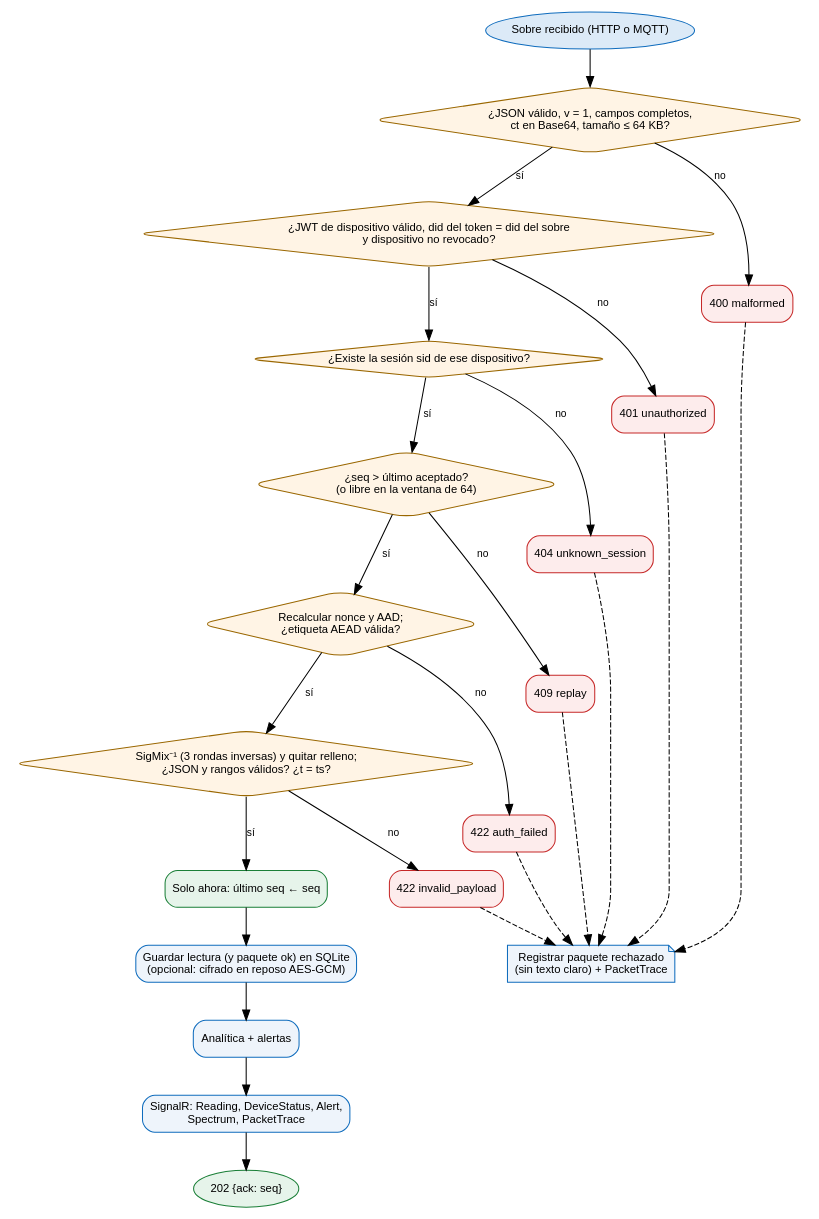
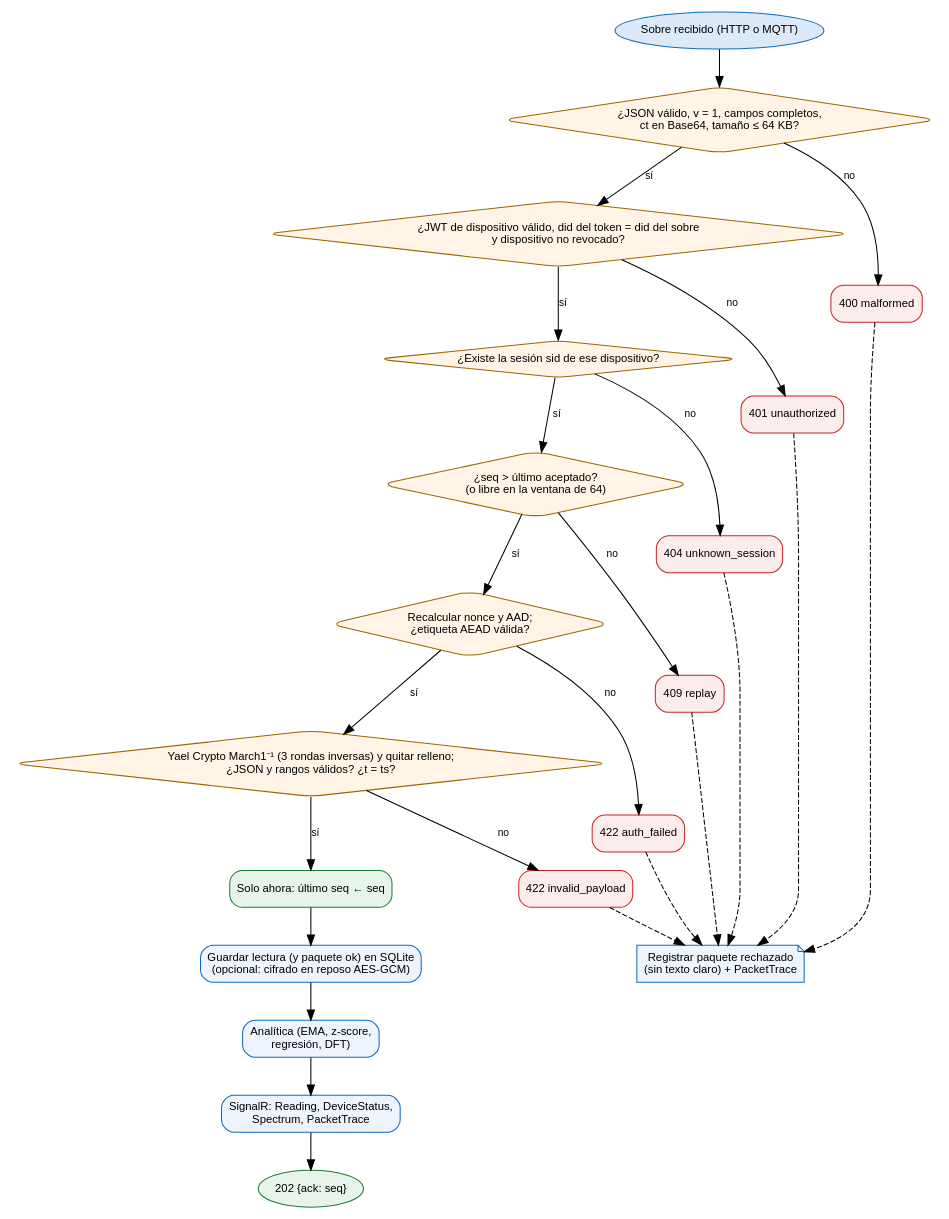
Before and after one commit to yaelrdf/Virologia_Criptografia_UPIICSA: the diagram in Examen_SignalTrace/docs/diagramas/05_recepcion.dot, drawn with Graphviz. The commit also changed 76 other files, not shown here.

Commit message:
SignalTrace docs: capítulos, diagramas y capturas para el banco de sensores, YCM1, usuarios y QR; historial con z-scores y carga ordenada

```diff
--- a/Examen_SignalTrace/docs/diagramas/05_recepcion.dot
+++ b/Examen_SignalTrace/docs/diagramas/05_recepcion.dot
@@ -1,26 +1,26 @@
 digraph G { fontname="Arial"; node [fontname="Arial", fontsize=11]; edge [fontname="Arial", fontsize=10];
   rankdir=TB; node [shape=box, style="rounded,filled", fillcolor="#EEF4FB", color="#0F6CBD"];
   in [label="Sobre recibido (HTTP o MQTT)", shape=oval, fillcolor="#DCEAF7"];
   c0 [label="¿JSON válido, v = 1, campos completos,\nct en Base64, tamaño ≤ 64 KB?", shape=diamond, fillcolor="#FFF4E5", color="#9A6700"];
   c1 [label="¿JWT de dispositivo válido, did del token = did del sobre\ny dispositivo no revocado?", shape=diamond, fillcolor="#FFF4E5", color="#9A6700"];
   c2 [label="¿Existe la sesión sid de ese dispositivo?", shape=diamond, fillcolor="#FFF4E5", color="#9A6700"];
   c3 [label="¿seq > último aceptado?\n(o libre en la ventana de 64)", shape=diamond, fillcolor="#FFF4E5", color="#9A6700"];
   c4 [label="Recalcular nonce y AAD;\n¿etiqueta AEAD válida?", shape=diamond, fillcolor="#FFF4E5", color="#9A6700"];
-  c5 [label="SigMix⁻¹ (3 rondas inversas) y quitar relleno;\n¿JSON y rangos válidos? ¿t = ts?", shape=diamond, fillcolor="#FFF4E5", color="#9A6700"];
+  c5 [label="Yael Crypto March1⁻¹ (3 rondas inversas) y quitar relleno;\n¿JSON y rangos válidos? ¿t = ts?", shape=diamond, fillcolor="#FFF4E5", color="#9A6700"];
   acc [label="Solo ahora: último seq ← seq", fillcolor="#E6F4EA", color="#1A7F37"];
   per [label="Guardar lectura (y paquete ok) en SQLite\n(opcional: cifrado en reposo AES-GCM)"];
-  an [label="Analítica + alertas"];
-  bc [label="SignalR: Reading, DeviceStatus, Alert,\nSpectrum, PacketTrace"];
+  an [label="Analítica (EMA, z-score,\nregresión, DFT)"];
+  bc [label="SignalR: Reading, DeviceStatus,\nSpectrum, PacketTrace"];
   out [label="202 {ack: seq}", shape=oval, fillcolor="#E6F4EA", color="#1A7F37"];
   e400 [label="400 malformed", fillcolor="#FDECEC", color="#C62828"];
   e401 [label="401 unauthorized", fillcolor="#FDECEC", color="#C62828"];
   e404 [label="404 unknown_session", fillcolor="#FDECEC", color="#C62828"];
   e409 [label="409 replay", fillcolor="#FDECEC", color="#C62828"];
   e422a [label="422 auth_failed", fillcolor="#FDECEC", color="#C62828"];
   e422b [label="422 invalid_payload", fillcolor="#FDECEC", color="#C62828"];
   log [label="Registrar paquete rechazado\n(sin texto claro) + PacketTrace", shape=note];
   in -> c0; c0 -> c1 [label="sí"]; c1 -> c2 [label="sí"]; c2 -> c3 [label="sí"]; c3 -> c4 [label="sí"]; c4 -> c5 [label="sí"]; c5 -> acc [label="sí"];
   acc -> per -> an -> bc -> out;
   c0 -> e400 [label="no"]; c1 -> e401 [label="no"]; c2 -> e404 [label="no"]; c3 -> e409 [label="no"]; c4 -> e422a [label="no"]; c5 -> e422b [label="no"];
   {e400 e401 e404 e409 e422a e422b} -> log [style=dashed];
 }
```
